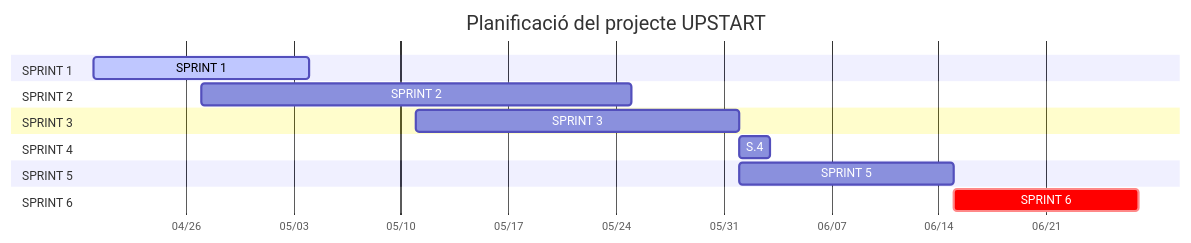
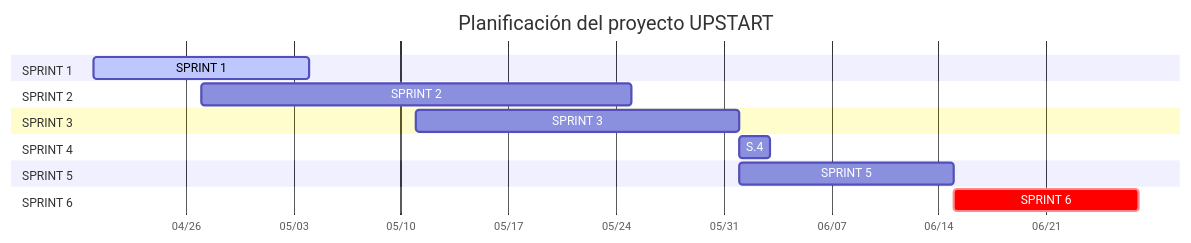
Before and after one commit to Sukhdeep777/upstart: the diagram in README.md, drawn with Mermaid. The commit also changed other lines of this file, not shown here.

````diff
--- a/README.md
+++ b/README.md
@@ -109,25 +115,25 @@
 ```mermaid
 gantt
-    title Planificació del projecte UPSTART
+    title Planificación del proyecto UPSTART
     dateFormat  YYYY-MM-DD
     axisFormat  %m/%d
     tickInterval 1week
 
     section SPRINT 1
     SPRINT 1 :active, s1, 2026-04-20, 14d
 
     section SPRINT 2 
     SPRINT 2 :s2, 2026-04-27, 28d
 
     section SPRINT 3 
     SPRINT 3 :s3, 2026-05-11, 21d
 
     section SPRINT 4 
     S.4 :s4_p1, 2026-06-01, 2d
 
     section SPRINT 5 
     SPRINT 5 :s5, 2026-06-01, 14d
 
     section SPRINT 6
     SPRINT 6 :crit, s6, 2026-06-15, 12d
 ```
````
